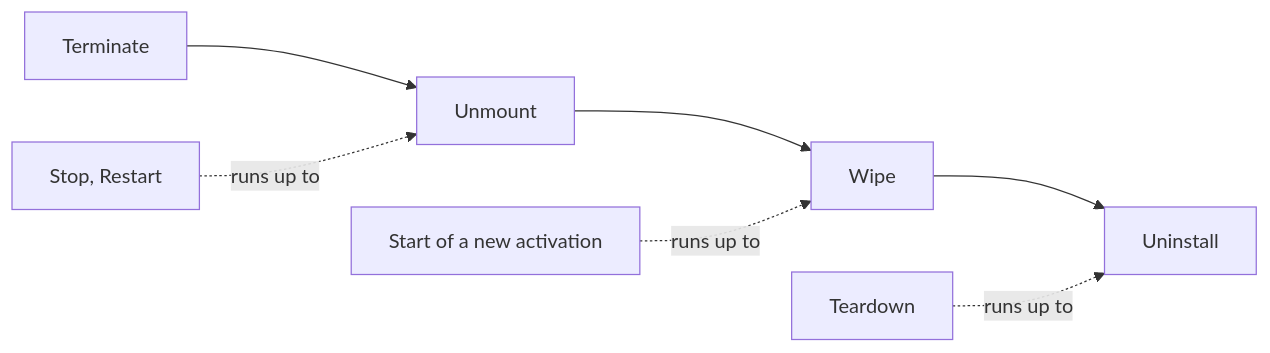
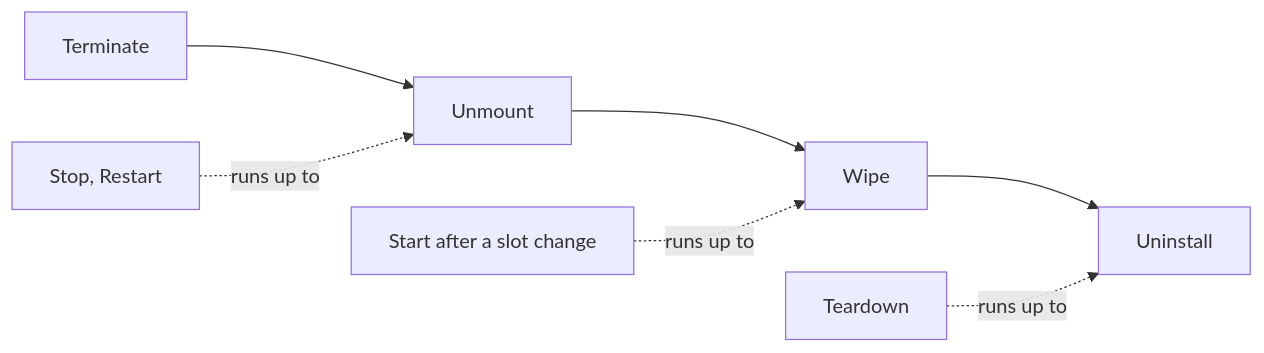
One commit to Azure/unbounded changed the tenth of 13 diagrams in designs/agent-v2.md. Above: the diagram before and after it, drawn with Mermaid. The commit also changed other lines of this file, not shown here.

````diff
--- a/designs/agent-v2.md
+++ b/designs/agent-v2.md
@@ -1395,7 +1413,7 @@
 ```mermaid
 flowchart LR
   T1["Terminate"] --> U1["Unmount"] --> W["Wipe"] --> X["Uninstall"]
   S["Stop, Restart"] -.->|runs up to| U1
-  A["Start of a new activation"] -.->|runs up to| W
+  A["Start after a slot change"] -.->|runs up to| W
   T["Teardown"] -.->|runs up to| X
 ```
````
